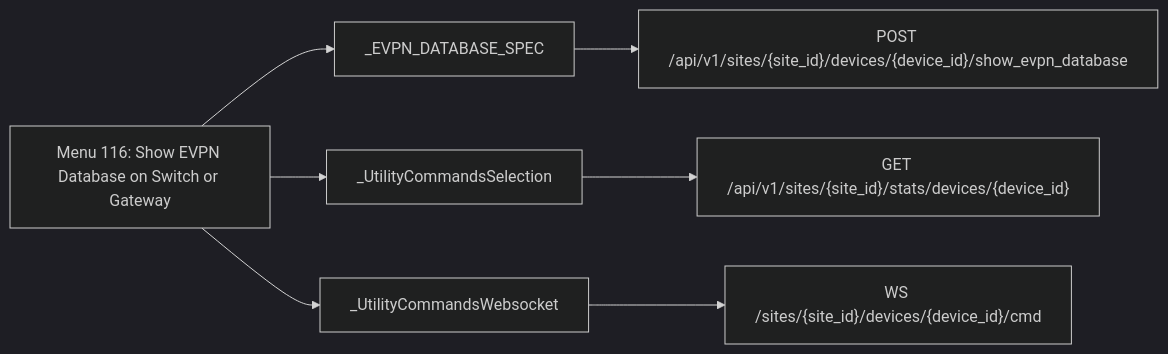
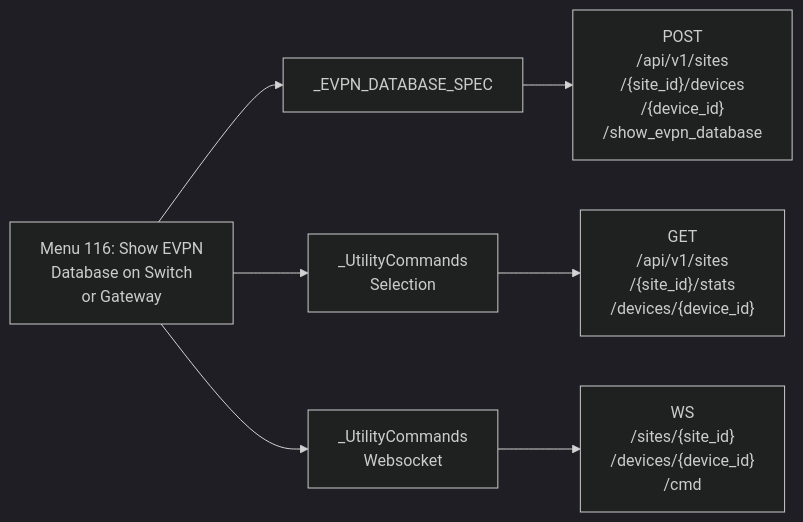
Diagram 16 of 23 in documentation/menu-api/websocket.md (jmorrison-juniper/MistHelper), drawn with Mermaid (dark theme) before and after one commit. The commit also changed other lines of this file and 19 other files, not shown here.

First line of the commit message:
docs(menu-api): fit the Mermaid diagrams to the wiki column

````diff
--- a/documentation/menu-api/websocket.md
+++ b/documentation/menu-api/websocket.md
@@ -467,10 +375,10 @@
 ```mermaid
 flowchart LR
-    menu["Menu 116: Show EVPN Database on Switch or Gateway"]
+    menu["Menu 116: Show EVPN<br/>Database on Switch<br/>or Gateway"]
     menu --> c1["_EVPN_DATABASE_SPEC"]
-    c1 --> e1["POST /api/v1/sites/{site_id}/devices/{device_id}/show_evpn_database"]
-    menu --> c2["_UtilityCommandsSelection"]
-    c2 --> e2["GET /api/v1/sites/{site_id}/stats/devices/{device_id}"]
-    menu --> c3["_UtilityCommandsWebsocket"]
-    c3 --> e3["WS /sites/{site_id}/devices/{device_id}/cmd"]
+    c1 --> e1["POST<br/>/api/v1/sites<br/>/{site_id}/devices<br/>/{device_id}<br/>/show_evpn_database"]
+    menu --> c2["_UtilityCommands<br/>Selection"]
+    c2 --> e2["GET<br/>/api/v1/sites<br/>/{site_id}/stats<br/>/devices/{device_id}"]
+    menu --> c3["_UtilityCommands<br/>Websocket"]
+    c3 --> e3["WS<br/>/sites/{site_id}<br/>/devices/{device_id}<br/>/cmd"]
 ```
````
